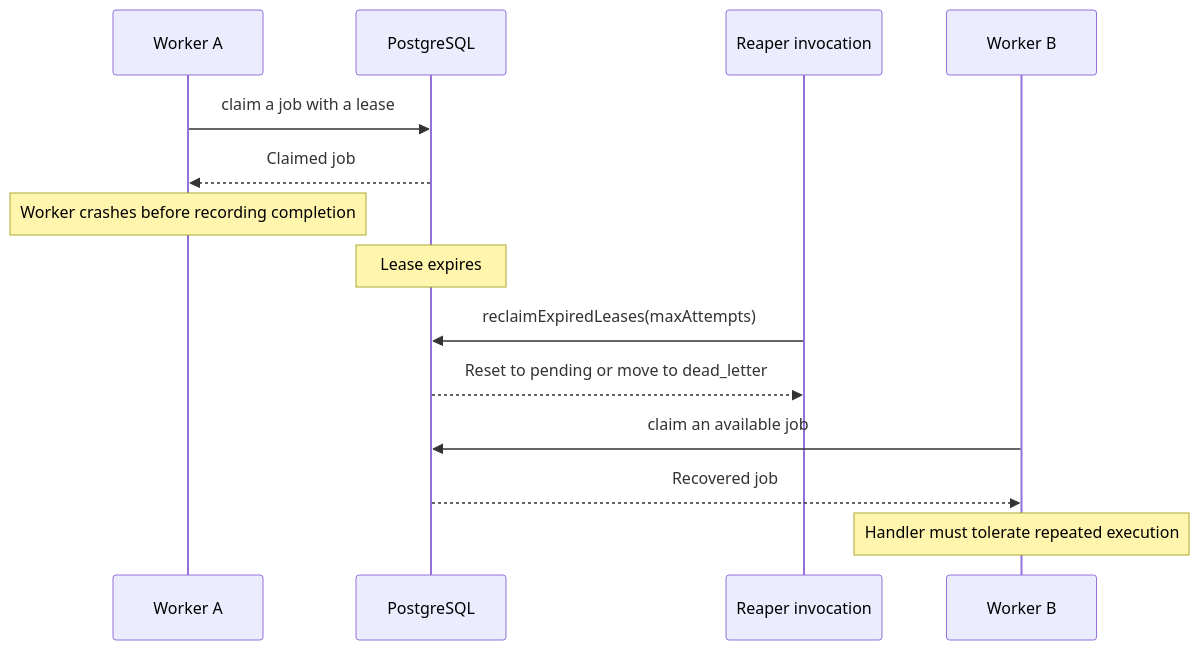
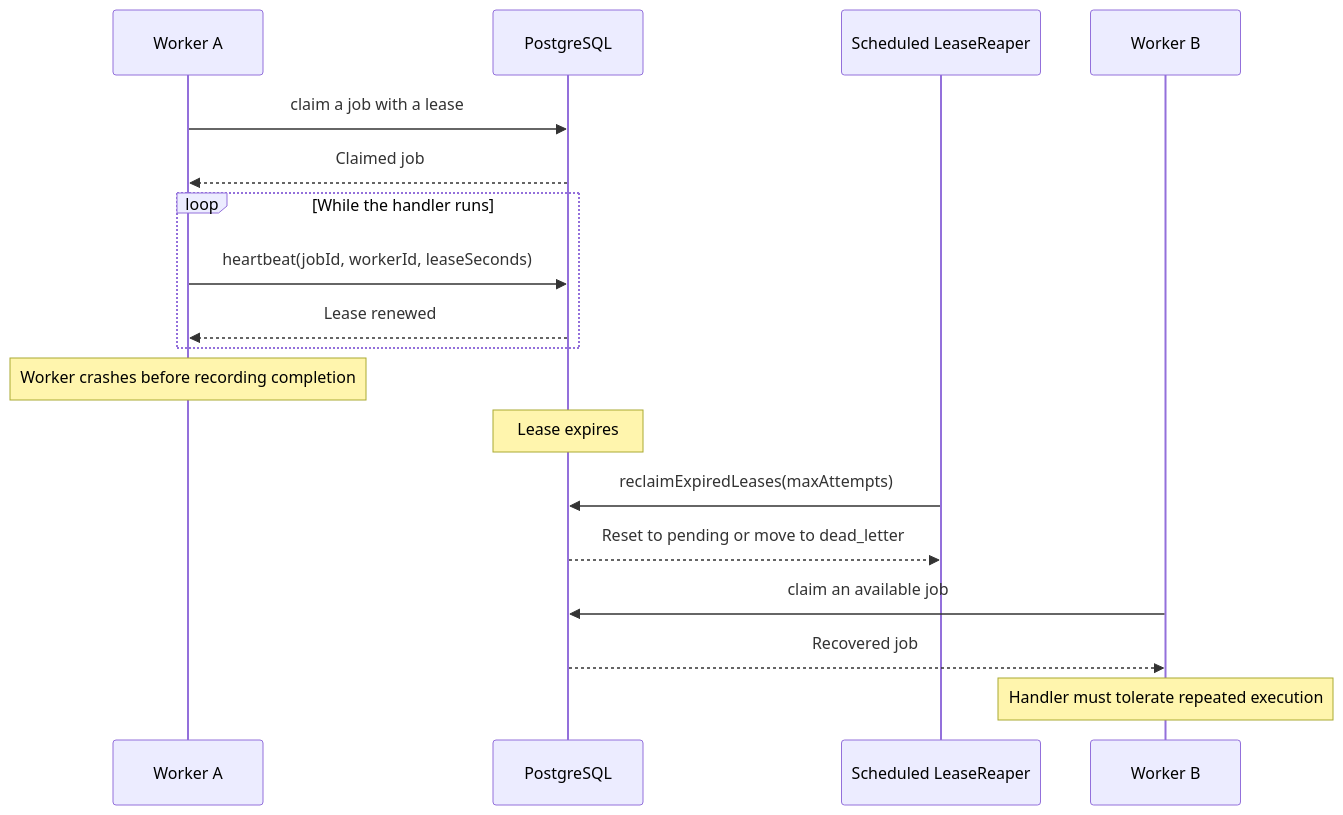
One commit to amanxsays/Sluice changed the third of 8 diagrams in README.md. Above: the diagram before and after it, drawn with Mermaid. The commit also changed other lines of this file and 90 other files, not shown here.

````diff
--- a/README.md
+++ b/README.md
@@ -180,20 +204,25 @@
 ```mermaid
 sequenceDiagram
     participant A as Worker A
     participant DB as PostgreSQL
-    participant R as Reaper invocation
+    participant R as Scheduled LeaseReaper
     participant B as Worker B
 
     A->>DB: claim a job with a lease
     DB-->>A: Claimed job
+
+    loop While the handler runs
+        A->>DB: heartbeat(jobId, workerId, leaseSeconds)
+        DB-->>A: Lease renewed
+    end
 
     Note over A: Worker crashes before recording completion
     Note over DB: Lease expires
 
     R->>DB: reclaimExpiredLeases(maxAttempts)
     DB-->>R: Reset to pending or move to dead_letter
 
     B->>DB: claim an available job
     DB-->>B: Recovered job
     Note over B: Handler must tolerate repeated execution
 ```
````
